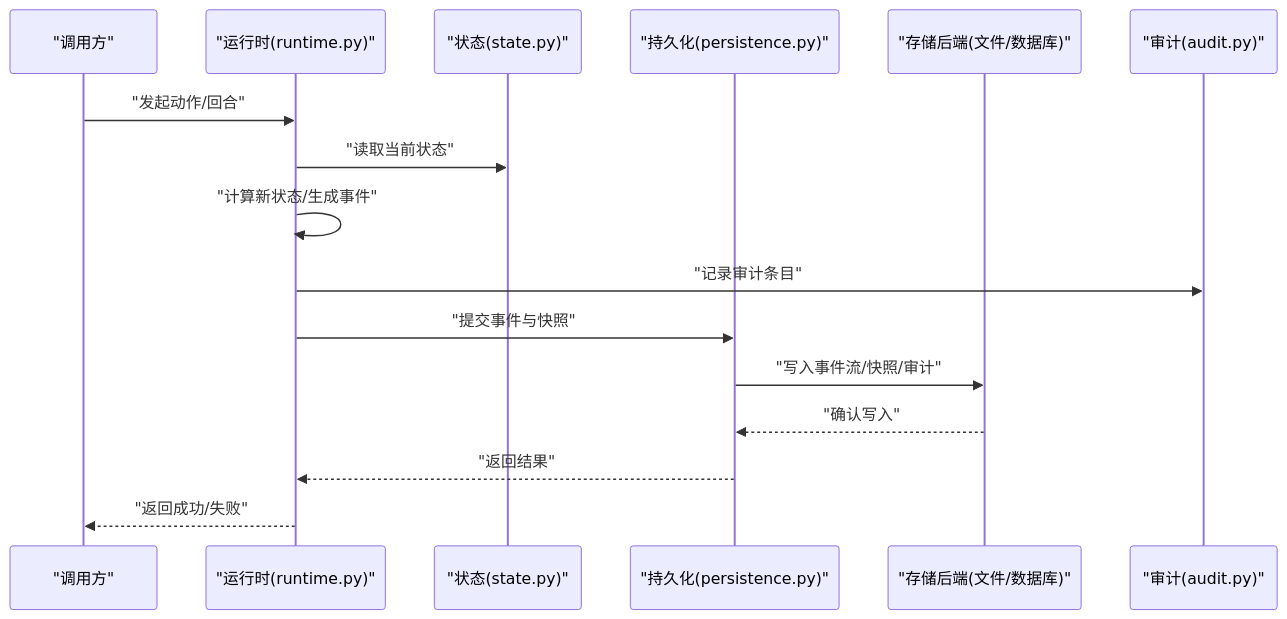
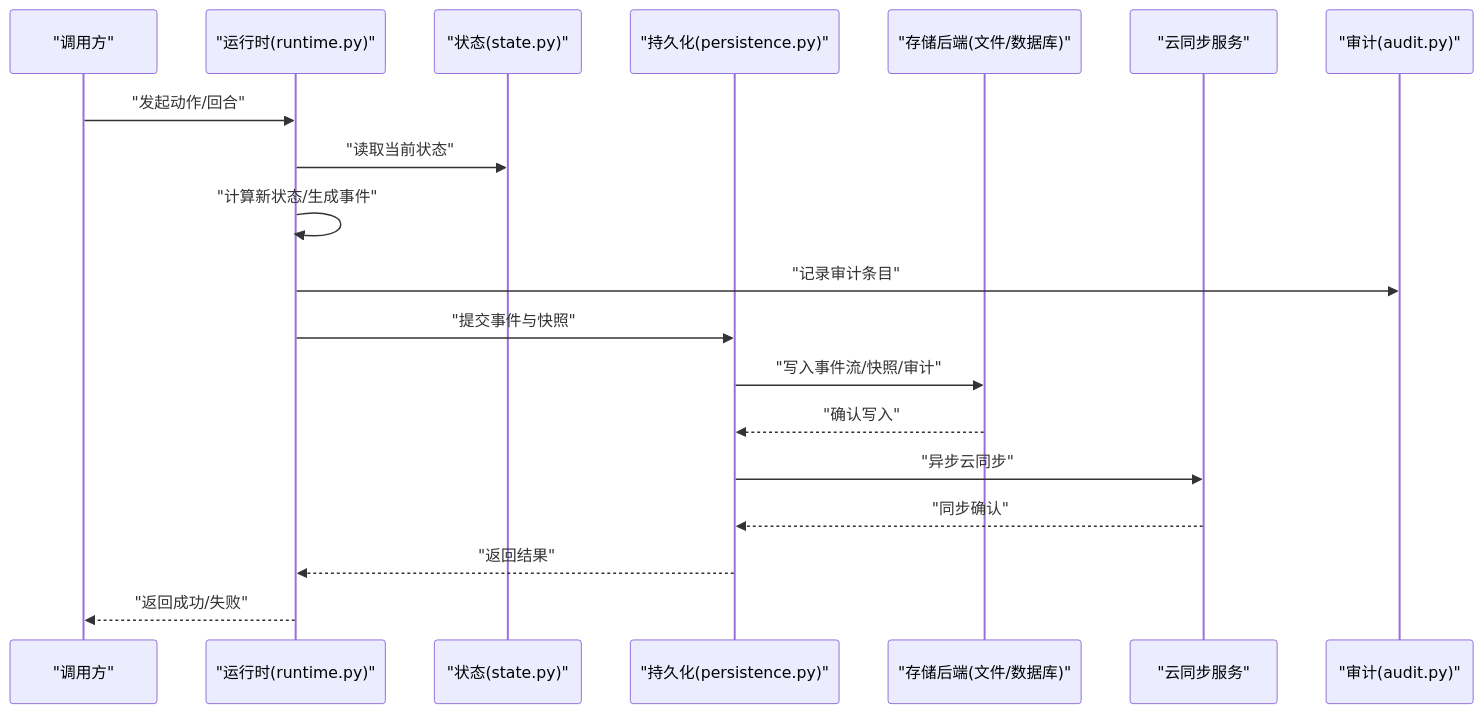
The second of 8 diagrams in .qoder/repowiki/zh/content/运行时系统/持久化层.md (Ivandanslespace/thegreatnovel), drawn with Mermaid before and after one commit. The commit also changed other lines of this file and 264 other files, not shown here.

````diff
--- a/.qoder/repowiki/zh/content/运行时系统/持久化层.md
+++ b/.qoder/repowiki/zh/content/运行时系统/持久化层.md
@@ -174,18 +187,21 @@
 ```mermaid
 sequenceDiagram
 participant Client as "调用方"
 participant Runtime as "运行时(runtime.py)"
 participant State as "状态(state.py)"
 participant Persist as "持久化(persistence.py)"
 participant Store as "存储后端(文件/数据库)"
+participant Cloud as "云同步服务"
 participant Audit as "审计(audit.py)"
 Client->>Runtime : "发起动作/回合"
 Runtime->>State : "读取当前状态"
 Runtime->>Runtime : "计算新状态/生成事件"
 Runtime->>Audit : "记录审计条目"
 Runtime->>Persist : "提交事件与快照"
 Persist->>Store : "写入事件流/快照/审计"
 Store-->>Persist : "确认写入"
+Persist->>Cloud : "异步云同步"
+Cloud-->>Persist : "同步确认"
 Persist-->>Runtime : "返回结果"
 Runtime-->>Client : "返回成功/失败"
 ```
````
